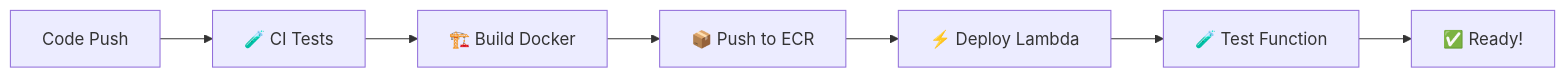
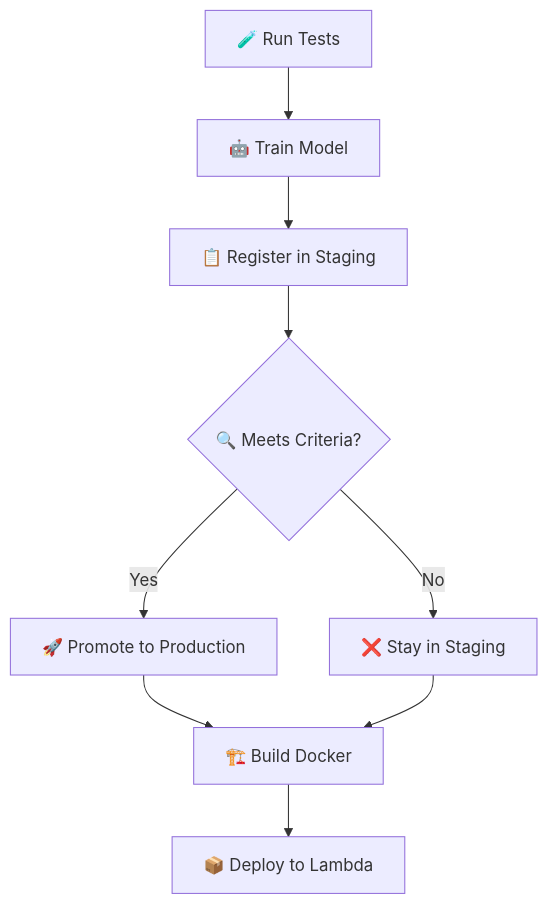
Before and after one commit to jyphotography/Bank-Customer-Churn-Prediction---MLOps-End-to-End-Project: the second of 2 diagrams in README.md, drawn with Mermaid. The commit also changed 1 other file, not shown here.

Commit message:
add model staging to production part

````diff
--- a/README.md
+++ b/README.md
@@ -486,9 +486,11 @@
 ```mermaid
-graph LR
-    A[Code Push] --> B[🧪 CI Tests]
-    B --> C[🏗️ Build Docker]
-    C --> D[📦 Push to ECR] 
-    D --> E[⚡ Deploy Lambda]
-    E --> F[🧪 Test Function]
-    F --> G[✅ Ready!]
+graph TD
+    A[🧪 Run Tests] --> B[🤖 Train Model]
+    B --> C[📋 Register in Staging]
+    C --> D{🔍 Meets Criteria?}
+    D -->|Yes| E[🚀 Promote to Production]
+    D -->|No| F[❌ Stay in Staging]
+    E --> G[🏗️ Build Docker]
+    F --> G
+    G --> H[📦 Deploy to Lambda]
 ```
````
